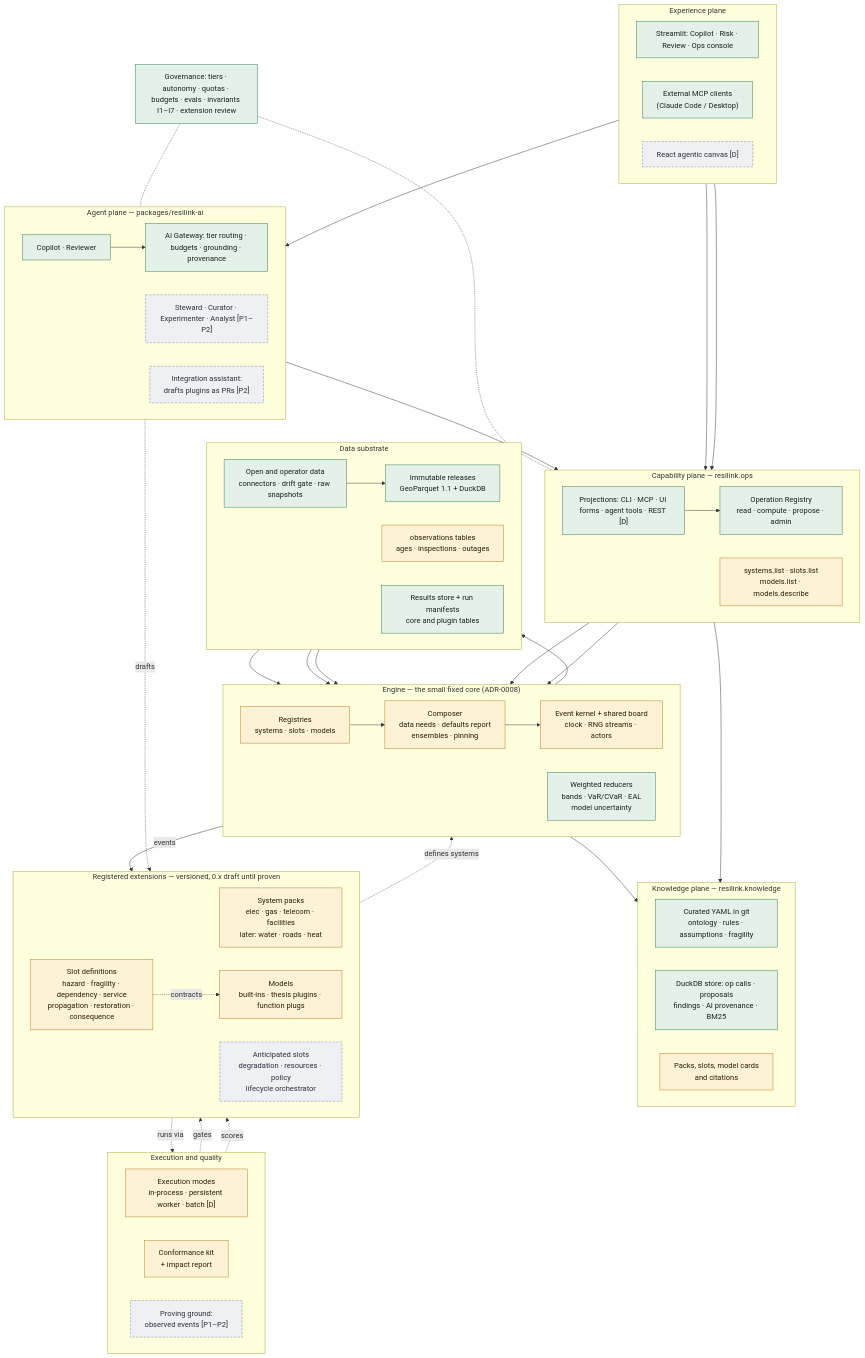
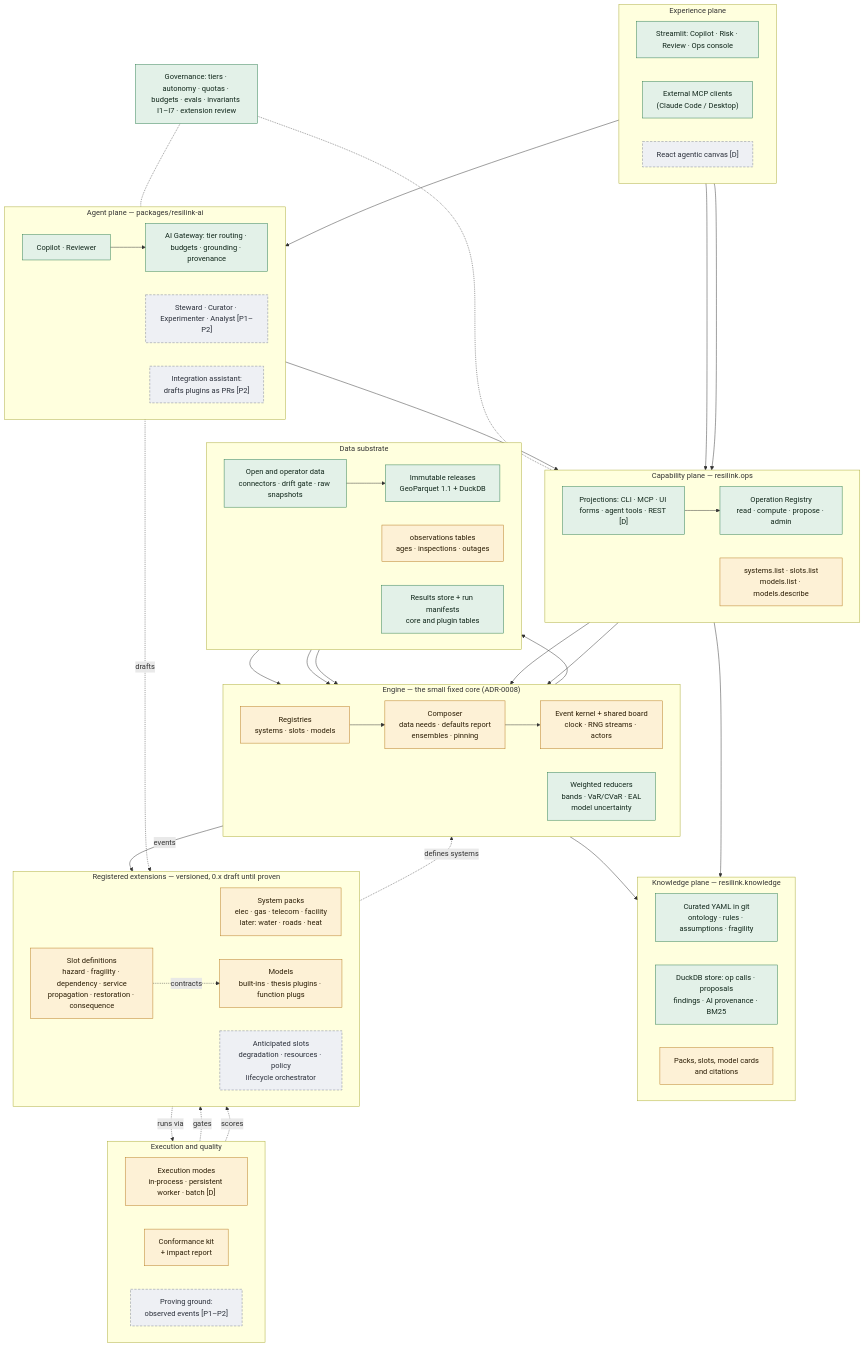
Before and after one commit to Yiping-UPSaclay/RESILINK: the first of 6 diagrams in docs/architecture/blueprint.md, drawn with Mermaid. The commit also changed other lines of this file and 25 other files, not shown here.

```diff
--- a/docs/architecture/blueprint.md
+++ b/docs/architecture/blueprint.md
@@ -112,7 +112,7 @@
 
   subgraph EXTN["Registered extensions — versioned, 0.x draft until proven"]
     direction LR
-    SYS["System packs<br/>elec · gas · telecom · facilities<br/>later: water · roads · heat"]:::proposed
+    SYS["System packs<br/>elec · gas · telecom · facility<br/>later: water · roads · heat"]:::proposed
     SLT["Slot definitions<br/>hazard · fragility · dependency · service<br/>propagation · restoration · consequence"]:::proposed
     ANT["Anticipated slots<br/>degradation · resources · policy<br/>lifecycle orchestrator"]:::deferred
     MOD["Models<br/>built-ins · thesis plugins · function plugs"]:::proposed
```
